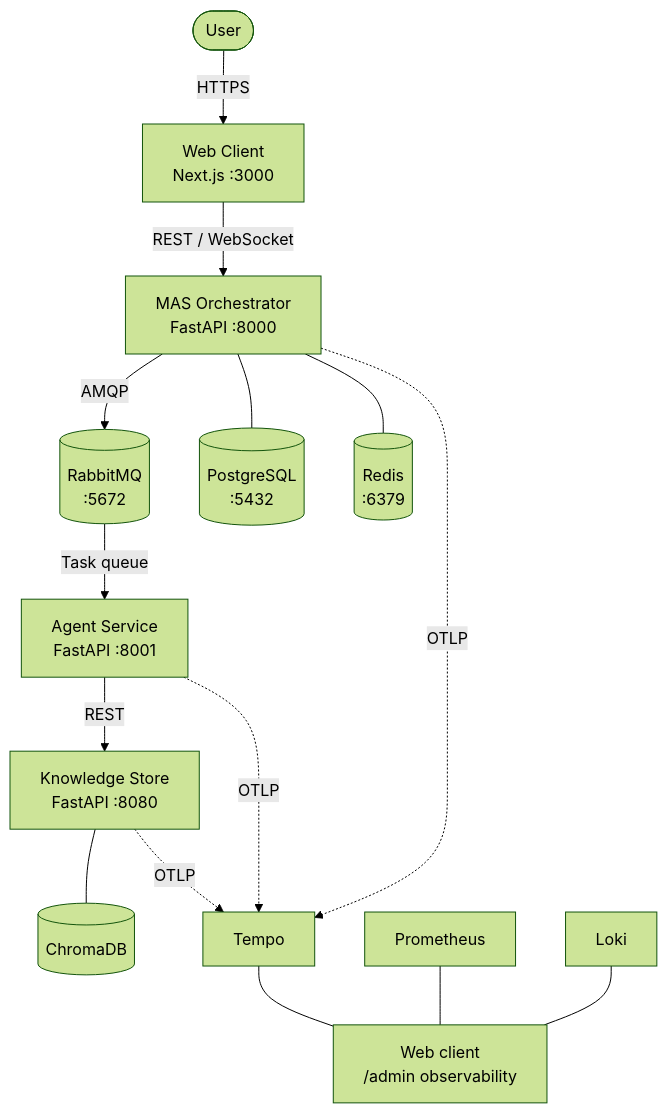
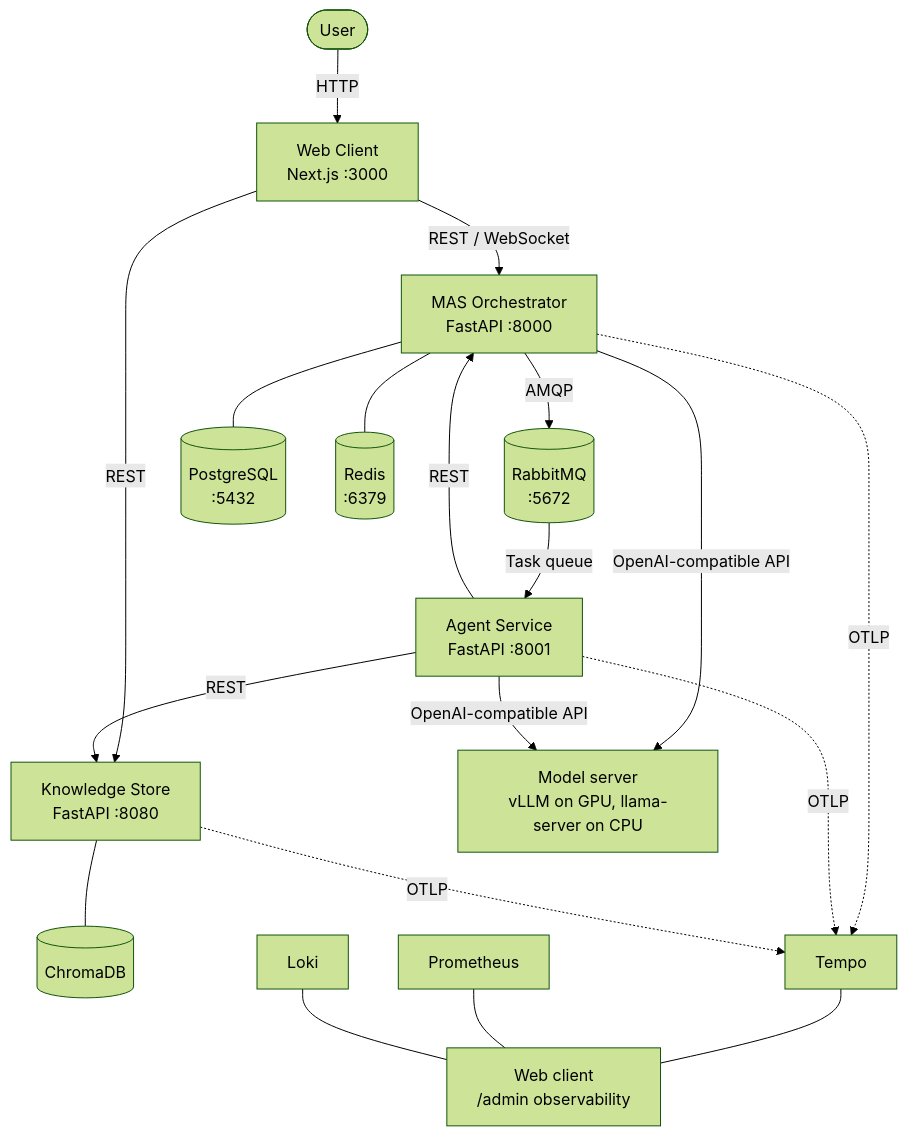
Before and after one commit to Horus-EIP/horus: the diagram in README.md, drawn with Mermaid (forest theme). The commit also changed other lines of this file, not shown here.

````diff
--- a/README.md
+++ b/README.md
@@ -13,17 +86,21 @@
 ```mermaid
 graph TB
-    User([User]) -->|HTTPS| Web[Web Client<br/>Next.js :3000]
+    User([User]) -->|HTTP| Web[Web Client<br/>Next.js :3000]
     Web -->|REST / WebSocket| MAS[MAS Orchestrator<br/>FastAPI :8000]
+    Web -->|REST| KS
     MAS -->|AMQP| RMQ[(RabbitMQ<br/>:5672)]
     RMQ -->|Task queue| Agent[Agent Service<br/>FastAPI :8001]
+    Agent -->|REST| MAS
     Agent -->|REST| KS[Knowledge Store<br/>FastAPI :8080]
     KS --- Chroma[(ChromaDB)]
     MAS --- PG[(PostgreSQL<br/>:5432)]
     MAS --- Redis[(Redis<br/>:6379)]
+    MAS -->|OpenAI-compatible API| LLM[Model server<br/>vLLM on GPU, llama-server on CPU]
+    Agent -->|OpenAI-compatible API| LLM
     MAS -.->|OTLP| Tempo[Tempo]
     Agent -.->|OTLP| Tempo
     KS -.->|OTLP| Tempo
     Tempo --- Admin[Web client<br/>/admin observability]
     Prometheus[Prometheus] --- Admin
     Loki[Loki] --- Admin
 ```
````
